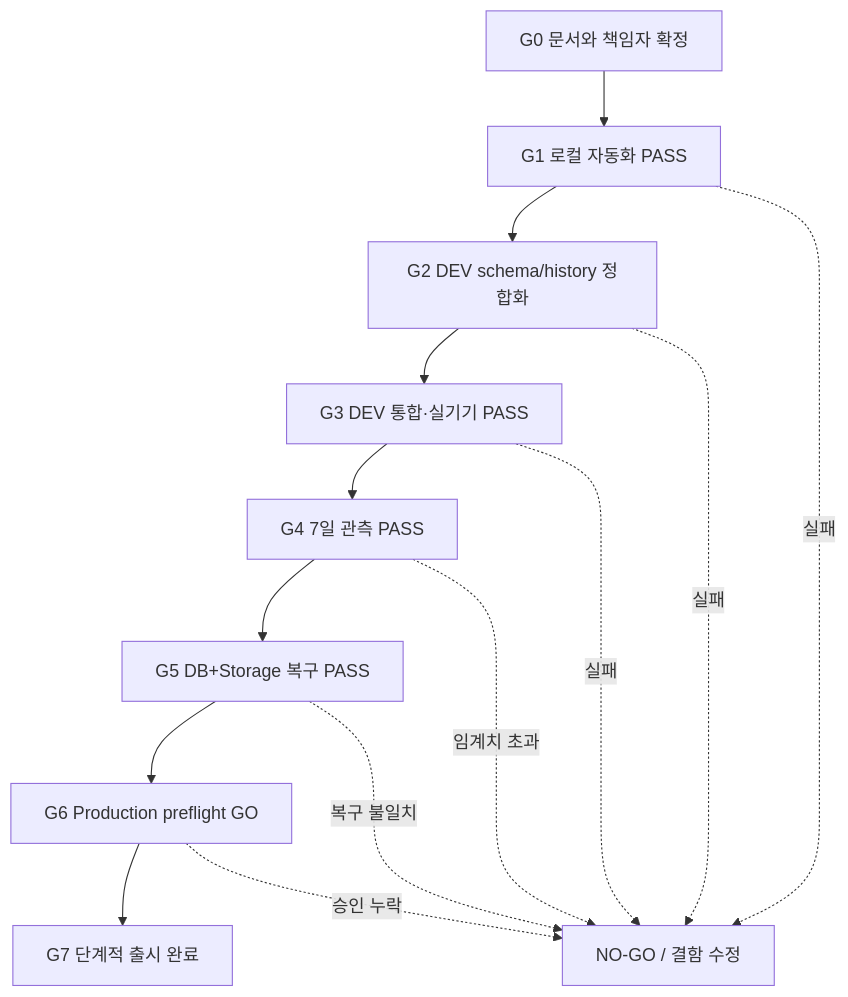
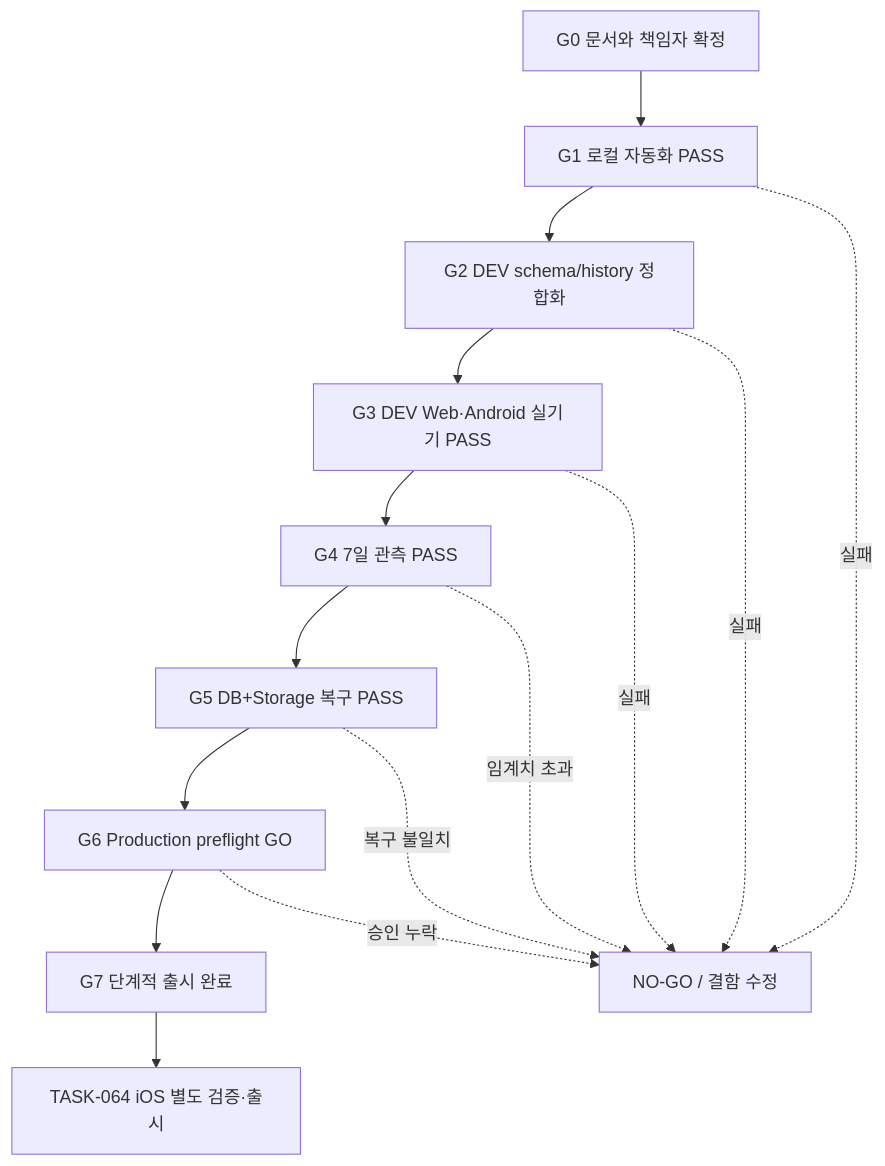
One commit to ysjee141/nexvoy-frontend changed the diagram in docs/refactor/reports/TASK-057-production-final-validation-plan.md. Above: the diagram before and after it, drawn with Mermaid. The commit also changed other lines of this file and 14 other files, not shown here.

Commit message:
docs(TASK-060): adopt Android-first rollout plan

````diff
--- a/docs/refactor/reports/TASK-057-production-final-validation-plan.md
+++ b/docs/refactor/reports/TASK-057-production-final-validation-plan.md
@@ -37,16 +45,17 @@
 ```mermaid
 flowchart TD
     G0["G0 문서와 책임자 확정"] --> G1["G1 로컬 자동화 PASS"]
     G1 --> G2["G2 DEV schema/history 정합화"]
-    G2 --> G3["G3 DEV 통합·실기기 PASS"]
+    G2 --> G3["G3 DEV Web·Android 실기기 PASS"]
     G3 --> G4["G4 7일 관측 PASS"]
     G4 --> G5["G5 DB+Storage 복구 PASS"]
     G5 --> G6["G6 Production preflight GO"]
     G6 --> G7["G7 단계적 출시 완료"]
     G1 -. "실패" .-> NOGO["NO-GO / 결함 수정"]
     G2 -. "실패" .-> NOGO
     G3 -. "실패" .-> NOGO
     G4 -. "임계치 초과" .-> NOGO
     G5 -. "복구 불일치" .-> NOGO
     G6 -. "승인 누락" .-> NOGO
+    G7 --> I64["TASK-064 iOS 별도 검증·출시"]
 ```
````
